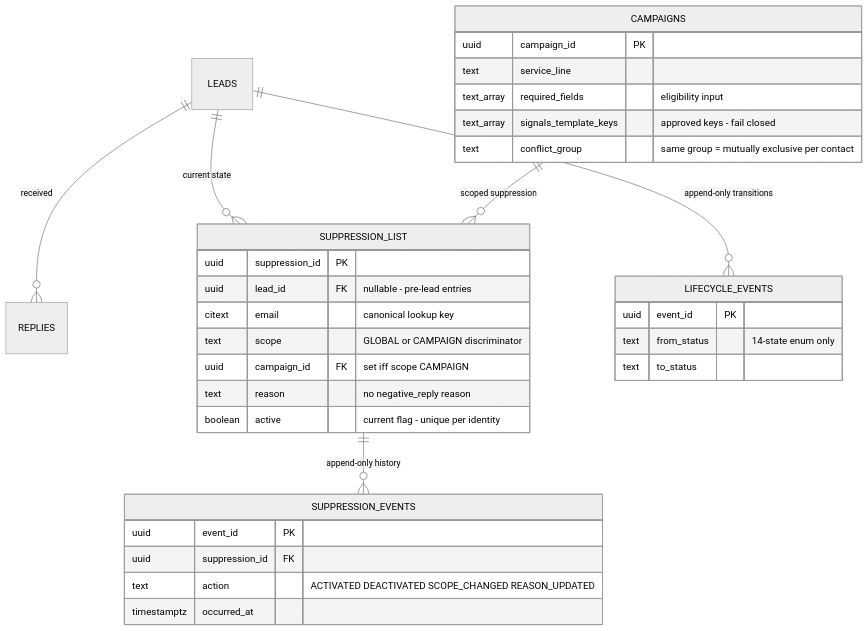
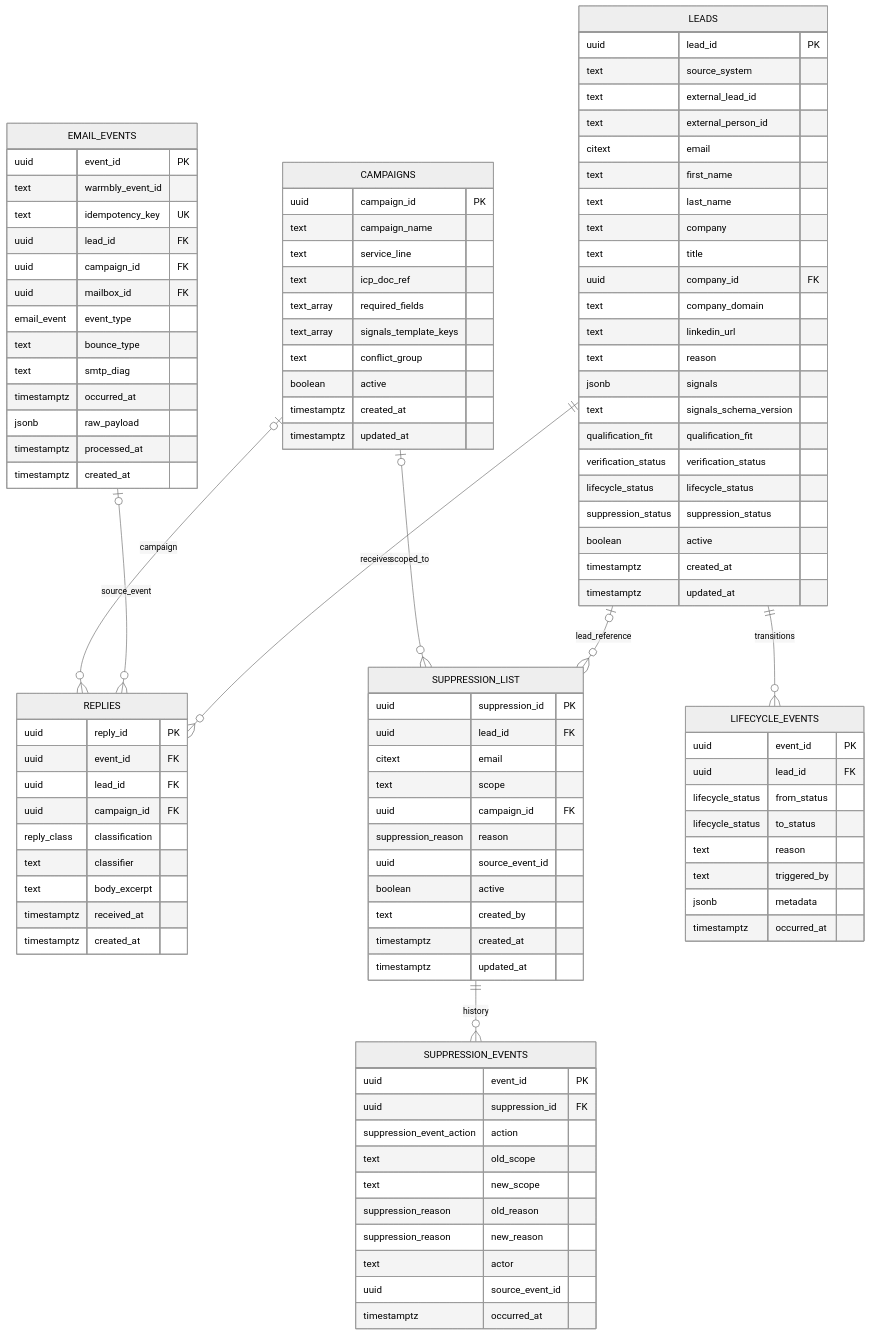
Before and after one commit to shilpaskmc-design/skmc-cold-email: the fourth of 7 diagrams in docs/database-schema.md, drawn with Mermaid (neutral theme). The commit also changed other lines of this file, not shown here.

First line of the commit message:
docs(database): complete all six Mermaid ER diagrams

````diff
--- a/docs/database-schema.md
+++ b/docs/database-schema.md
@@ -793,35 +917,107 @@
 ```mermaid
 erDiagram
-    LEADS ||--o{ REPLIES : received
-    LEADS ||--o{ SUPPRESSION_LIST : "current state"
-    CAMPAIGNS ||--o{ SUPPRESSION_LIST : "scoped suppression"
-    SUPPRESSION_LIST ||--o{ SUPPRESSION_EVENTS : "append-only history"
-    LEADS ||--o{ LIFECYCLE_EVENTS : "append-only transitions"
+    LEADS ||--o{ REPLIES : receives
+    EMAIL_EVENTS o|--o{ REPLIES : source_event
+    CAMPAIGNS o|--o{ REPLIES : campaign
+    LEADS o|--o{ SUPPRESSION_LIST : lead_reference
+    CAMPAIGNS o|--o{ SUPPRESSION_LIST : scoped_to
+    SUPPRESSION_LIST ||--o{ SUPPRESSION_EVENTS : history
+    LEADS ||--o{ LIFECYCLE_EVENTS : transitions
+    LEADS {
+        uuid lead_id PK
+        text source_system
+        text external_lead_id
+        text external_person_id
+        citext email
+        text first_name
+        text last_name
+        text company
+        text title
+        uuid company_id FK
+        text company_domain
+        text linkedin_url
+        text reason
+        jsonb signals
+        text signals_schema_version
+        qualification_fit qualification_fit
+        verification_status verification_status
+        lifecycle_status lifecycle_status
+        suppression_status suppression_status
+        boolean active
+        timestamptz created_at
+        timestamptz updated_at
+    }
+    REPLIES {
+        uuid reply_id PK
+        uuid event_id FK
+        uuid lead_id FK
+        uuid campaign_id FK
+        reply_class classification
+        text classifier
+        text body_excerpt
+        timestamptz received_at
+        timestamptz created_at
+    }
+    EMAIL_EVENTS {
+        uuid event_id PK
+        text warmbly_event_id
+        text idempotency_key UK
+        uuid lead_id FK
+        uuid campaign_id FK
+        uuid mailbox_id FK
+        email_event event_type
+        text bounce_type
+        text smtp_diag
+        timestamptz occurred_at
+        jsonb raw_payload
+        timestamptz processed_at
+        timestamptz created_at
+    }
     CAMPAIGNS {
         uuid campaign_id PK
+        text campaign_name
         text service_line
-        text_array required_fields "eligibility input"
-        text_array signals_template_keys "approved keys - fail closed"
-        text conflict_group "same group = mutually exclusive per contact"
+        text icp_doc_ref
+        text_array required_fields
+        text_array signals_template_keys
+        text conflict_group
+        boolean active
+        timestamptz created_at
+        timestamptz updated_at
     }
     SUPPRESSION_LIST {
         uuid suppression_id PK
-        uuid lead_id FK "nullable - pre-lead entries"
-        citext email "canonical lookup key"
-        text scope "GLOBAL or CAMPAIGN discriminator"
-        uuid campaign_id FK "set iff scope CAMPAIGN"
-        text reason "no negative_reply reason"
-        boolean active "current flag - unique per identity"
+        uuid lead_id FK
+        citext email
+        text scope
+        uuid campaign_id FK
+        suppression_reason reason
+        uuid source_event_id
+        boolean active
+        text created_by
+        timestamptz created_at
+        timestamptz updated_at
     }
     SUPPRESSION_EVENTS {
         uuid event_id PK
         uuid suppression_id FK
-        text action "ACTIVATED DEACTIVATED SCOPE_CHANGED REASON_UPDATED"
+        suppression_event_action action
+        text old_scope
+        text new_scope
+        suppression_reason old_reason
+        suppression_reason new_reason
+        text actor
+        uuid source_event_id
         timestamptz occurred_at
     }
     LIFECYCLE_EVENTS {
         uuid event_id PK
-        text from_status "14-state enum only"
-        text to_status
+        uuid lead_id FK
+        lifecycle_status from_status
+        lifecycle_status to_status
+        text reason
+        text triggered_by
+        jsonb metadata
+        timestamptz occurred_at
     }
 ```
````
